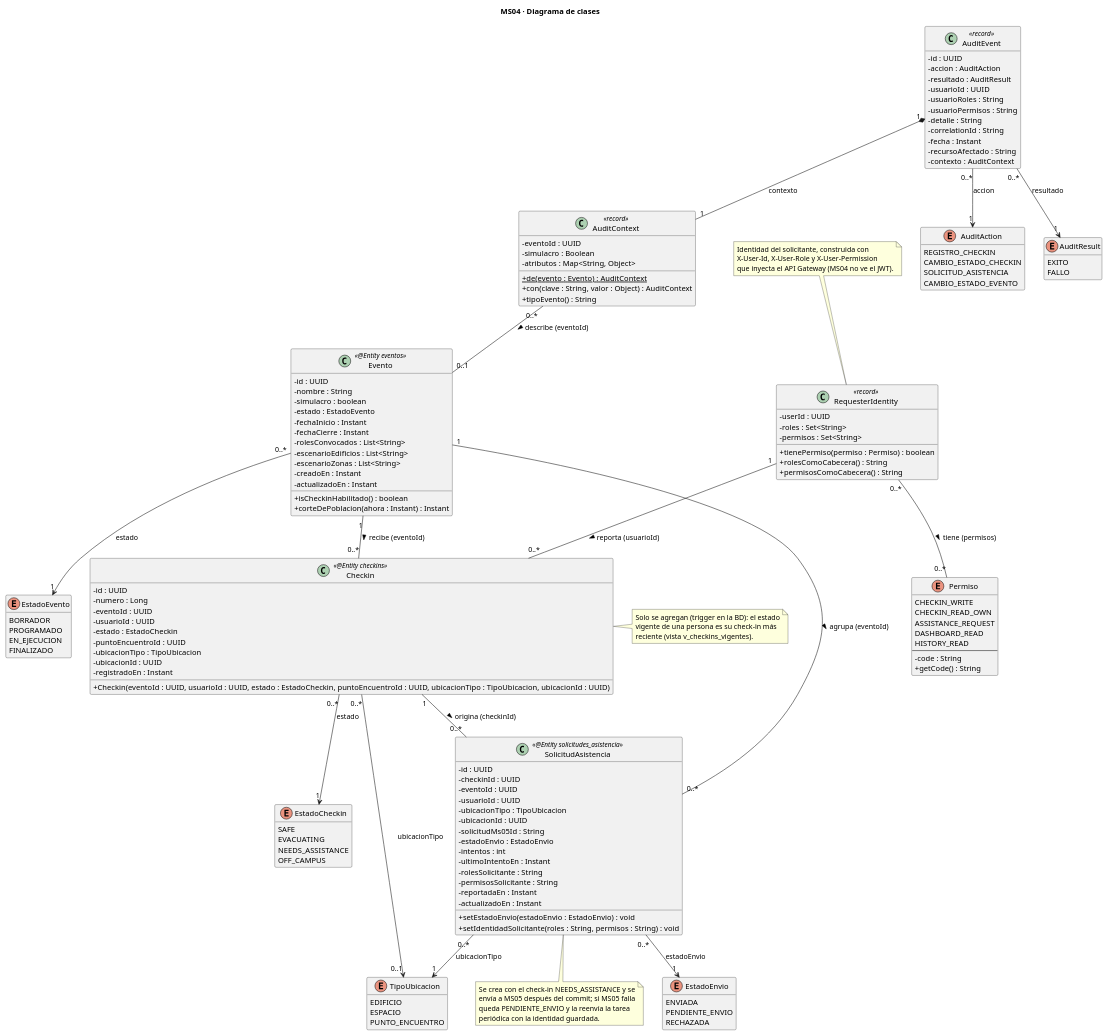
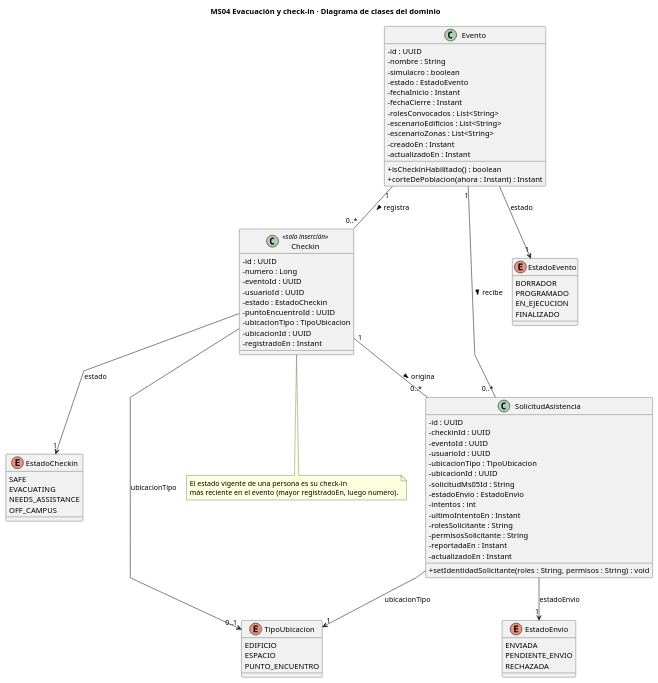
The diagram in ms04-evacuation-and-check-in/diagrams/ms04-classes.puml (CampusSeguro-DOSW-2026-2/documentation), drawn with PlantUML before and after one commit. The commit also changed 14 other files, not shown here.

Commit message:
docs: actualizar diagramas de arquitectura de MS01 y MS04

```diff
--- a/ms04-evacuation-and-check-in/diagrams/ms04-classes.puml
+++ b/ms04-evacuation-and-check-in/diagrams/ms04-classes.puml
@@ -1,169 +1,95 @@
-@startuml ms04-classes
-' UML · Clases: estructura estática del dominio de MS04 (eventos, check-ins, solicitudes de asistencia, identidad y auditoría).
-' Fuente: ms04-evacuation-and-check-in (develop) entity/*, security/RequesterIdentity, security/Permiso, audit/AuditEvent, AuditContext, AuditAction, AuditResult. Sin DTOs, controladores ni utilidades.
+@startuml uml_clases
+' UML · Clases del dominio de MS04 Evacuación y check-in. Fuente: paquete entity/ de origin/develop (rama develop).
+' Las entidades se enlazan por id (eventoId, checkinId), sin @ManyToOne: la asociación es lógica y la garantiza la FK de la BD.
+skinparam shadowing false
 skinparam classAttributeIconSize 0
-skinparam shadowing false
-hide empty members
-title MS04 · Diagrama de clases
+skinparam linetype polyline
+title MS04 Evacuación y check-in · Diagrama de clases del dominio
 
-class Evento <<@Entity eventos>> {
-    - id : UUID
-    - nombre : String
-    - simulacro : boolean
-    - estado : EstadoEvento
-    - fechaInicio : Instant
-    - fechaCierre : Instant
-    - rolesConvocados : List<String>
-    - escenarioEdificios : List<String>
-    - escenarioZonas : List<String>
-    - creadoEn : Instant
-    - actualizadoEn : Instant
-    + isCheckinHabilitado() : boolean
-    + corteDePoblacion(ahora : Instant) : Instant
+class Evento {
+  - id : UUID
+  - nombre : String
+  - simulacro : boolean
+  - estado : EstadoEvento
+  - fechaInicio : Instant
+  - fechaCierre : Instant
+  - rolesConvocados : List<String>
+  - escenarioEdificios : List<String>
+  - escenarioZonas : List<String>
+  - creadoEn : Instant
+  - actualizadoEn : Instant
+  + isCheckinHabilitado() : boolean
+  + corteDePoblacion(ahora : Instant) : Instant
 }
 
-class Checkin <<@Entity checkins>> {
-    - id : UUID
-    - numero : Long
-    - eventoId : UUID
-    - usuarioId : UUID
-    - estado : EstadoCheckin
-    - puntoEncuentroId : UUID
-    - ubicacionTipo : TipoUbicacion
-    - ubicacionId : UUID
-    - registradoEn : Instant
-    + Checkin(eventoId : UUID, usuarioId : UUID, estado : EstadoCheckin, puntoEncuentroId : UUID, ubicacionTipo : TipoUbicacion, ubicacionId : UUID)
+class Checkin <<solo inserción>> {
+  - id : UUID
+  - numero : Long
+  - eventoId : UUID
+  - usuarioId : UUID
+  - estado : EstadoCheckin
+  - puntoEncuentroId : UUID
+  - ubicacionTipo : TipoUbicacion
+  - ubicacionId : UUID
+  - registradoEn : Instant
 }
 
-class SolicitudAsistencia <<@Entity solicitudes_asistencia>> {
-    - id : UUID
-    - checkinId : UUID
-    - eventoId : UUID
-    - usuarioId : UUID
-    - ubicacionTipo : TipoUbicacion
-    - ubicacionId : UUID
-    - solicitudMs05Id : String
-    - estadoEnvio : EstadoEnvio
-    - intentos : int
-    - ultimoIntentoEn : Instant
-    - rolesSolicitante : String
-    - permisosSolicitante : String
-    - reportadaEn : Instant
-    - actualizadoEn : Instant
-    + setEstadoEnvio(estadoEnvio : EstadoEnvio) : void
-    + setIdentidadSolicitante(roles : String, permisos : String) : void
+class SolicitudAsistencia {
+  - id : UUID
+  - checkinId : UUID
+  - eventoId : UUID
+  - usuarioId : UUID
+  - ubicacionTipo : TipoUbicacion
+  - ubicacionId : UUID
+  - solicitudMs05Id : String
+  - estadoEnvio : EstadoEnvio
+  - intentos : int
+  - ultimoIntentoEn : Instant
+  - rolesSolicitante : String
+  - permisosSolicitante : String
+  - reportadaEn : Instant
+  - actualizadoEn : Instant
+  + setIdentidadSolicitante(roles : String, permisos : String) : void
 }
 
 enum EstadoEvento {
-    BORRADOR
-    PROGRAMADO
-    EN_EJECUCION
-    FINALIZADO
+  BORRADOR
+  PROGRAMADO
+  EN_EJECUCION
+  FINALIZADO
 }
 
 enum EstadoCheckin {
-    SAFE
-    EVACUATING
-    NEEDS_ASSISTANCE
-    OFF_CAMPUS
+  SAFE
+  EVACUATING
+  NEEDS_ASSISTANCE
+  OFF_CAMPUS
+}
+
+enum EstadoEnvio {
+  ENVIADA
+  PENDIENTE_ENVIO
+  RECHAZADA
 }
 
 enum TipoUbicacion {
-    EDIFICIO
-    ESPACIO
-    PUNTO_ENCUENTRO
+  EDIFICIO
+  ESPACIO
+  PUNTO_ENCUENTRO
 }
 
-enum EstadoEnvio {
-    ENVIADA
-    PENDIENTE_ENVIO
-    RECHAZADA
-}
+Evento "1" -- "0..*" Checkin : registra >
+Evento "1" -- "0..*" SolicitudAsistencia : recibe >
+Checkin "1" -- "0..*" SolicitudAsistencia : origina >
 
-class RequesterIdentity <<record>> {
-    - userId : UUID
-    - roles : Set<String>
-    - permisos : Set<String>
-    + tienePermiso(permiso : Permiso) : boolean
-    + rolesComoCabecera() : String
-    + permisosComoCabecera() : String
-}
+Evento --> "1" EstadoEvento : estado
+Checkin --> "1" EstadoCheckin : estado
+Checkin --> "0..1" TipoUbicacion : ubicacionTipo
+SolicitudAsistencia --> "1" EstadoEnvio : estadoEnvio
+SolicitudAsistencia --> "1" TipoUbicacion : ubicacionTipo
 
-enum Permiso {
-    CHECKIN_WRITE
-    CHECKIN_READ_OWN
-    ASSISTANCE_REQUEST
-    DASHBOARD_READ
-    HISTORY_READ
-    --
-    - code : String
-    + getCode() : String
-}
-
-class AuditEvent <<record>> {
-    - id : UUID
-    - accion : AuditAction
-    - resultado : AuditResult
-    - usuarioId : UUID
-    - usuarioRoles : String
-    - usuarioPermisos : String
-    - detalle : String
-    - correlationId : String
-    - fecha : Instant
-    - recursoAfectado : String
-    - contexto : AuditContext
-}
-
-class AuditContext <<record>> {
-    - eventoId : UUID
-    - simulacro : Boolean
-    - atributos : Map<String, Object>
-    + {static} de(evento : Evento) : AuditContext
-    + con(clave : String, valor : Object) : AuditContext
-    + tipoEvento() : String
-}
-
-enum AuditAction {
-    REGISTRO_CHECKIN
-    CAMBIO_ESTADO_CHECKIN
-    SOLICITUD_ASISTENCIA
-    CAMBIO_ESTADO_EVENTO
-}
-
-enum AuditResult {
-    EXITO
-    FALLO
-}
-
-Evento "1" -- "0..*" Checkin : recibe (eventoId) >
-Evento "1" -- "0..*" SolicitudAsistencia : agrupa (eventoId) >
-Checkin "1" -- "0..*" SolicitudAsistencia : origina (checkinId) >
-Evento "0..*" --> "1" EstadoEvento : estado
-Checkin "0..*" --> "1" EstadoCheckin : estado
-Checkin "0..*" --> "0..1" TipoUbicacion : ubicacionTipo
-SolicitudAsistencia "0..*" --> "1" TipoUbicacion : ubicacionTipo
-SolicitudAsistencia "0..*" --> "1" EstadoEnvio : estadoEnvio
-RequesterIdentity "0..*" -- "0..*" Permiso : tiene (permisos) >
-RequesterIdentity "1" -- "0..*" Checkin : reporta (usuarioId) >
-AuditEvent "1" *-- "1" AuditContext : contexto
-AuditContext "0..*" -- "0..1" Evento : describe (eventoId) >
-AuditEvent "0..*" --> "1" AuditAction : accion
-AuditEvent "0..*" --> "1" AuditResult : resultado
-
-note right of Checkin
-  Solo se agregan (trigger en la BD): el estado
-  vigente de una persona es su check-in más
-  reciente (vista v_checkins_vigentes).
-end note
-note bottom of SolicitudAsistencia
-  Se crea con el check-in NEEDS_ASSISTANCE y se
-  envía a MS05 después del commit; si MS05 falla
-  queda PENDIENTE_ENVIO y la reenvía la tarea
-  periódica con la identidad guardada.
-end note
-note top of RequesterIdentity
-  Identidad del solicitante, construida con
-  X-User-Id, X-User-Role y X-User-Permission
-  que inyecta el API Gateway (MS04 no ve el JWT).
+note bottom of Checkin
+  El estado vigente de una persona es su check-in
+  más reciente en el evento (mayor registradoEn, luego numero).
 end note
 @enduml
```
